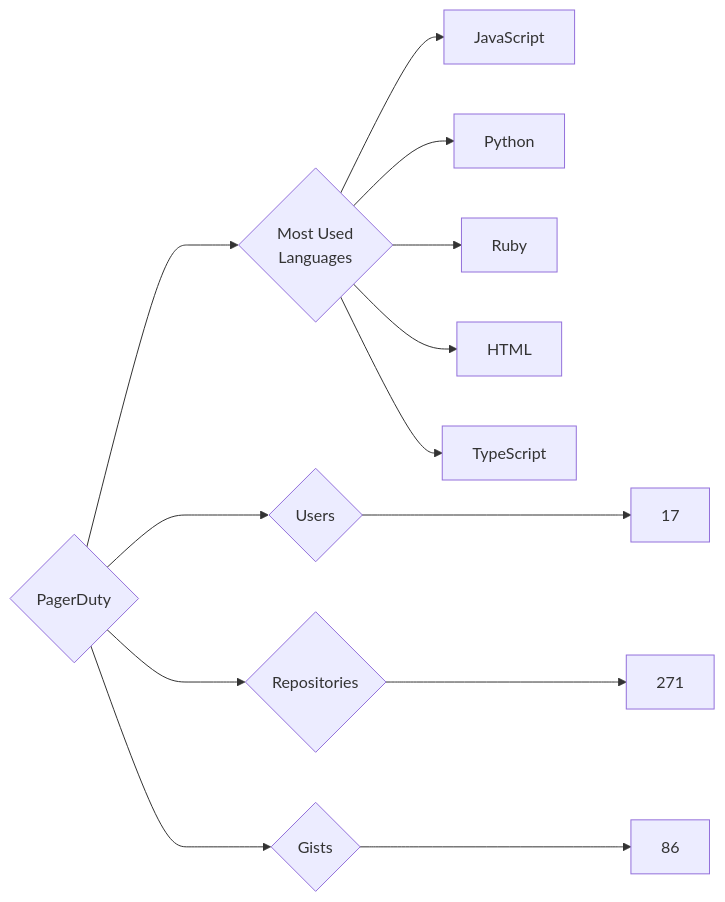
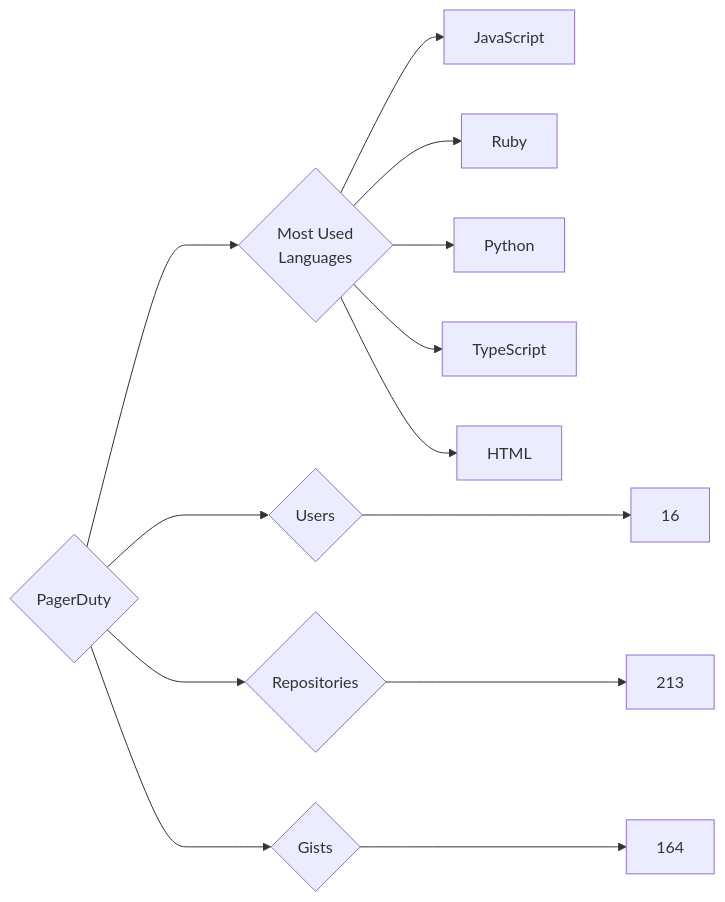
The diagram in targets/PagerDuty/README.md (trickest/insiders), drawn with Mermaid before and after one commit. The commit also changed 860 other files, not shown here.

````diff
--- a/targets/PagerDuty/README.md
+++ b/targets/PagerDuty/README.md
@@ -3,13 +3,13 @@
 ```mermaid
 graph LR
 COMPANY_NAME{PagerDuty}
-COMPANY_NAME ---> U{Users} ---> UN[17]
-COMPANY_NAME ---> R{Repositories} ---> RN[271]
-COMPANY_NAME ---> G{Gists} ---> GN[86]
+COMPANY_NAME ---> U{Users} ---> UN[16]
+COMPANY_NAME ---> R{Repositories} ---> RN[213]
+COMPANY_NAME ---> G{Gists} ---> GN[164]
 COMPANY_NAME ---> ML{Most Used<br>Languages}
 ML --> JavaScript[JavaScript]
+ML --> Ruby[Ruby]
 ML --> Python[Python]
-ML --> Ruby[Ruby]
+ML --> TypeScript[TypeScript]
 ML --> HTML[HTML]
-ML --> TypeScript[TypeScript]
 ```
````
